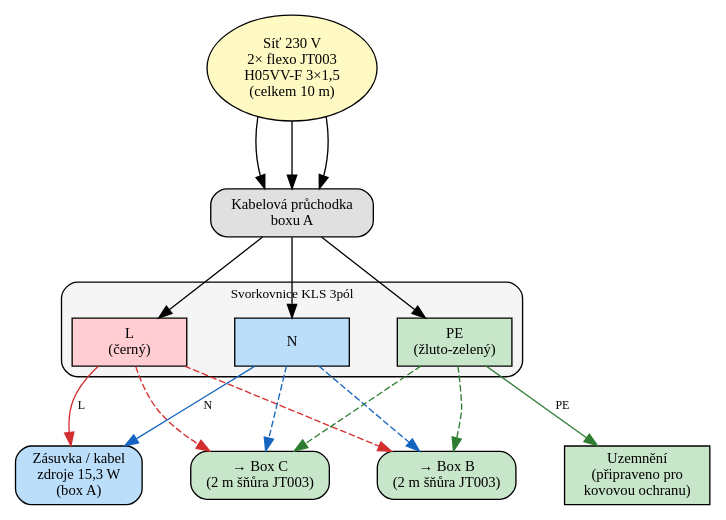
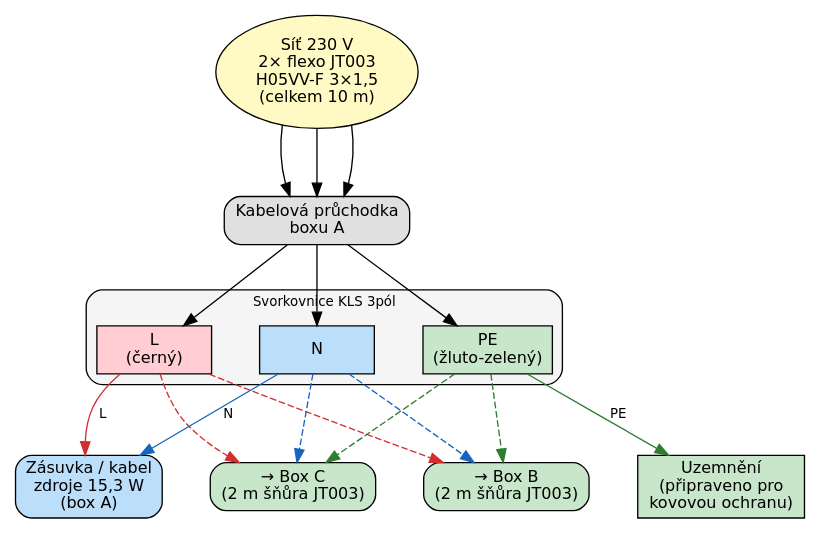
One commit to K0F/1938_ABC changed the diagram in docs/dot/sch_02_terminal_block.dot. Above: the diagram before and after it, drawn with Graphviz. The commit also changed 20 other files, not shown here.

First line of the commit message:
docs: fix PDF rendering, readable diagram fonts, own PSU per box

```diff
--- a/docs/dot/sch_02_terminal_block.dot
+++ b/docs/dot/sch_02_terminal_block.dot
@@ -1,42 +1,42 @@
 // SCH §2.1 — Přípojka 230 V a rozvod (svorkovnice KLS 3pól)
 digraph G {
-    graph [fontname="Terminus" rankdir=TB bgcolor="white" nodesep=0.5 ranksep=0.7];
-node [fontname="Terminus" fontsize=11 style="filled"];
-edge [fontname="Terminus" fontsize=9];
+    graph [fontname="DejaVu Sans" rankdir=TB bgcolor="white" nodesep=0.5 ranksep=0.7];
+node [fontname="DejaVu Sans" fontsize=12 style="filled"];
+edge [fontname="DejaVu Sans" fontsize=10];
 
 // Source
 siet [label="Síť 230 V\n2× flexo JT003\nH05VV-F 3×1,5\n(celkem 10 m)" shape=oval fillcolor="#fff9c4"];
 pruchodka [label="Kabelová průchodka\nboxu A" shape=box style="filled,rounded" fillcolor="#e0e0e0"];
 
 // Terminal block
 subgraph cluster_svorkovnice {
     label="Svorkovnice KLS 3pól";
     style="filled,rounded";
     fillcolor="#f5f5f5";
     fontsize=10;
 
     L [label="L\n(černý)" shape=box fillcolor="#ffcdd2" width=1.2];
     N [label="N" shape=box fillcolor="#bbdefb" width=1.2];
     PE [label="PE\n(žluto-zelený)" shape=box fillcolor="#c8e6c9" width=1.2];
 }
 
 // Outputs
 zasuvka_A [label="Zásuvka / kabel\nzdroje 15,3 W\n(box A)" shape=box style="filled,rounded" fillcolor="#bbdefb"];
 zem [label="Uzemnění\n(připraveno pro\nkovovou ochranu)" shape=box fillcolor="#c8e6c9"];
 smer_B [label="→ Box B\n(2 m šňůra JT003)" shape=box style="filled,rounded" fillcolor="#c8e6c9"];
 smer_C [label="→ Box C\n(2 m šňůra JT003)" shape=box style="filled,rounded" fillcolor="#c8e6c9"];
 
 // Edges
 siet -> pruchodka -> L;
 siet -> pruchodka -> N;
 siet -> pruchodka -> PE;
 L -> zasuvka_A [label="  L  " color="#d32f2f"];
 N -> zasuvka_A [label="  N  " color="#1565c0"];
 PE -> zem [label="  PE  " color="#2e7d32"];
 L -> smer_B [style=dashed color="#d32f2f"];
 N -> smer_B [style=dashed color="#1565c0"];
 PE -> smer_B [style=dashed color="#2e7d32"];
 L -> smer_C [style=dashed color="#d32f2f"];
 N -> smer_C [style=dashed color="#1565c0"];
 PE -> smer_C [style=dashed color="#2e7d32"];
 }
```
